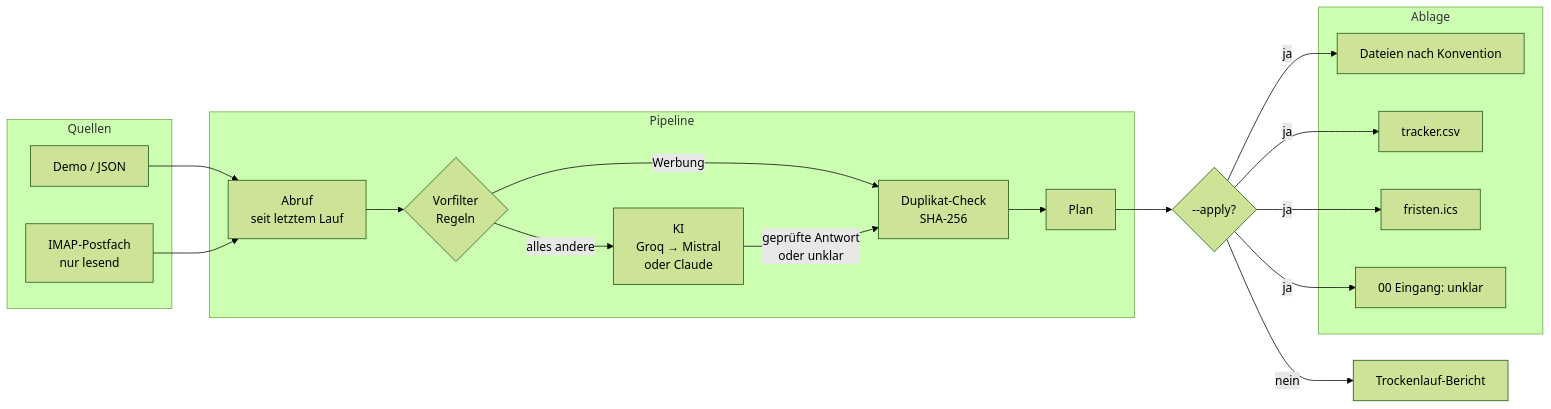
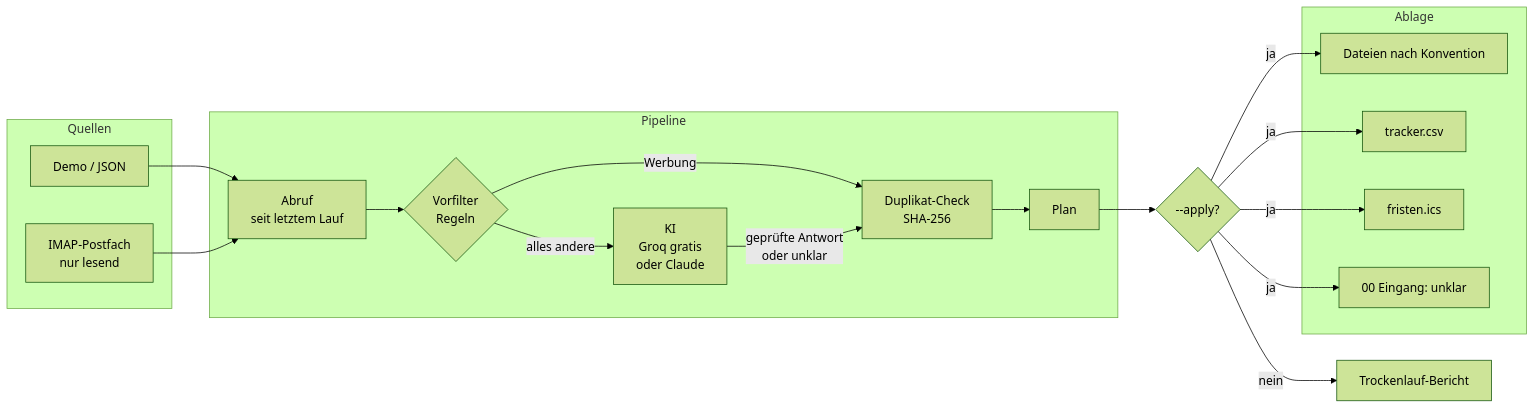
Before and after one commit to trais92/paperpilot: the diagram in README.md, drawn with Mermaid (forest theme). The commit also changed other lines of this file and 19 other files, not shown here.

````diff
--- a/README.md
+++ b/README.md
@@ -90,25 +90,25 @@
 ```mermaid
 flowchart LR
     subgraph Quellen
         J[Demo / JSON]
         I[IMAP-Postfach<br/>nur lesend]
     end
     subgraph Pipeline
         F[Abruf<br/>seit letztem Lauf] --> V{Vorfilter<br/>Regeln}
         V -->|Werbung| D[Duplikat-Check<br/>SHA-256]
-        V -->|alles andere| L[KI<br/>Groq → Mistral<br/>oder Claude]
+        V -->|alles andere| L[KI<br/>Groq gratis<br/>oder Claude]
         L -->|geprüfte Antwort<br/>oder unklar| D
         D --> P[Plan]
     end
     P --> H{--apply?}
     H -->|nein| T[Trockenlauf-Bericht]
     subgraph Ablage
         A[Dateien nach Konvention]
         K[tracker.csv]
         X[fristen.ics]
         E[00 Eingang: unklar]
     end
     H -->|ja| A & K & X & E
     J --> F
     I --> F
 ```
````
